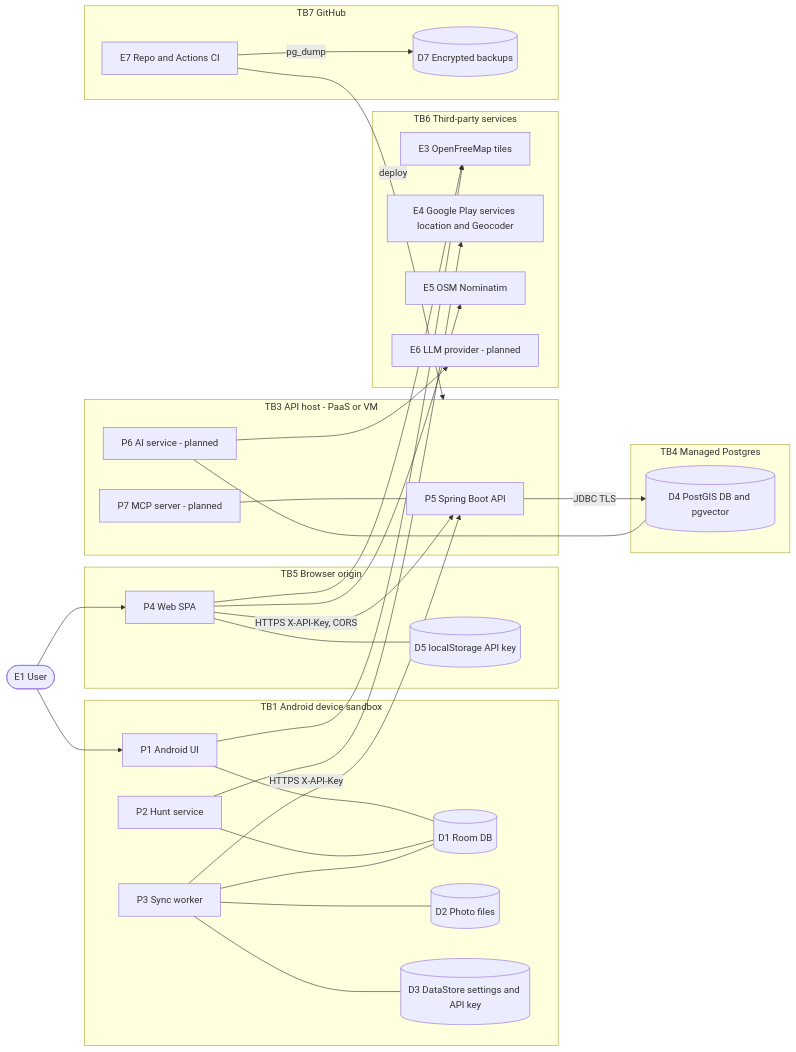
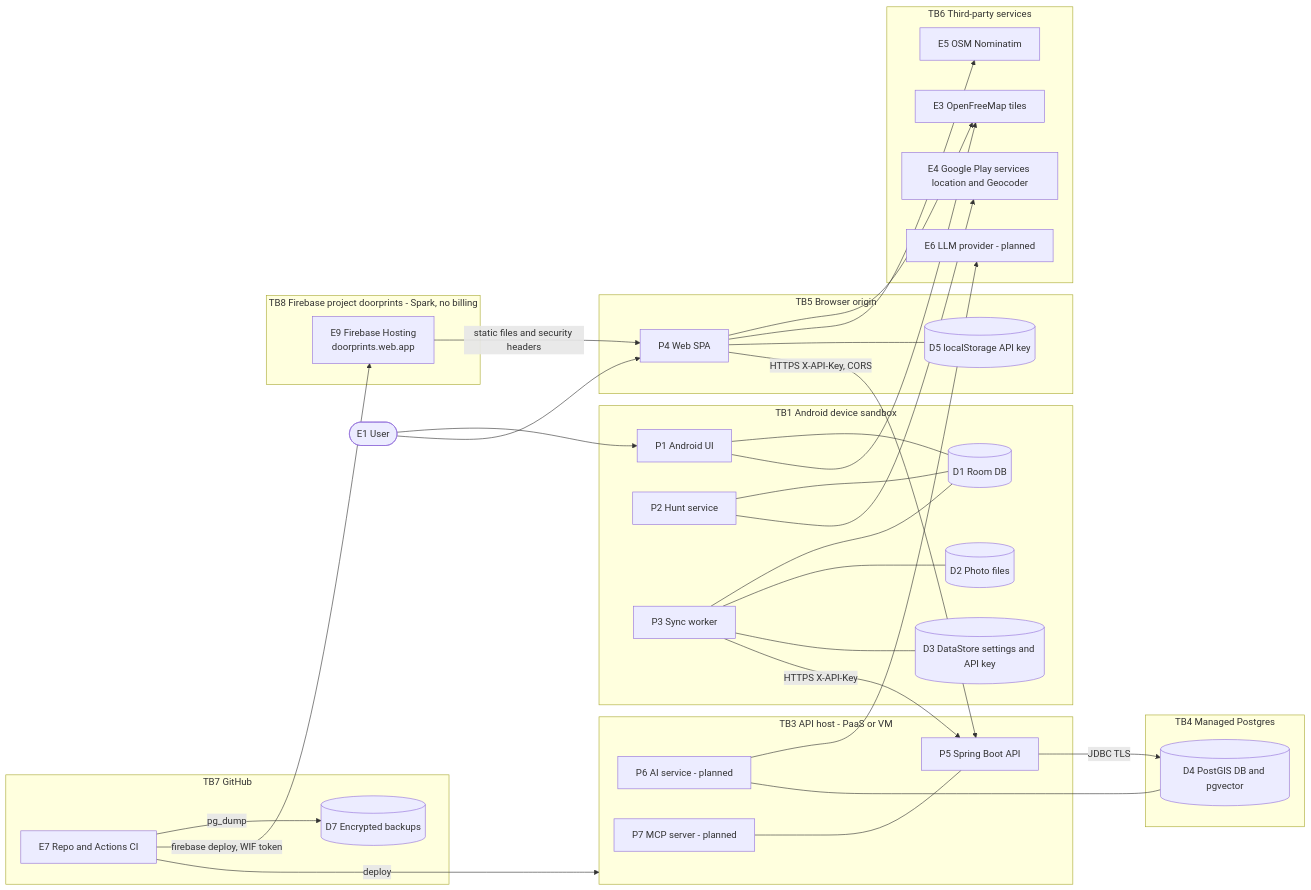
The diagram in docs/02-threat-model.md (Sriram-Codes-SW/doorprints), drawn with Mermaid before and after one commit. The commit also changed other lines of this file and 17 other files, not shown here.

First line of the commit message:
docs: Sprint 4a SSDLC updates, hosting ADR (Firebase), brand/naming, import definition, design+security self-check playbooks

````diff
--- a/docs/02-threat-model.md
+++ b/docs/02-threat-model.md
@@ -56,54 +66,59 @@
 ```mermaid
 flowchart LR
     U(["E1 User"])
     subgraph TB1["TB1 Android device sandbox"]
         P1["P1 Android UI"]
         P2["P2 Hunt service"]
         P3["P3 Sync worker"]
         D1[("D1 Room DB")]
         D2[("D2 Photo files")]
         D3[("D3 DataStore settings and API key")]
     end
     subgraph TB5["TB5 Browser origin"]
         P4["P4 Web SPA"]
         D5[("D5 localStorage API key")]
     end
     subgraph TB3["TB3 API host - PaaS or VM"]
         P5["P5 Spring Boot API"]
         P6["P6 AI service - planned"]
         P7["P7 MCP server - planned"]
     end
     subgraph TB4["TB4 Managed Postgres"]
         D4[("D4 PostGIS DB and pgvector")]
     end
     subgraph TB6["TB6 Third-party services"]
         E3["E3 OpenFreeMap tiles"]
         E4["E4 Google Play services location and Geocoder"]
         E5["E5 OSM Nominatim"]
         E6["E6 LLM provider - planned"]
     end
     subgraph TB7["TB7 GitHub"]
         E7["E7 Repo and Actions CI"]
         D7[("D7 Encrypted backups")]
     end
+    subgraph TB8["TB8 Firebase project doorprints - Spark, no billing"]
+        E9["E9 Firebase Hosting<br/>doorprints.web.app"]
+    end
     U --> P1
     U --> P4
     P1 --- D1
     P2 --- D1
     P3 --- D1
     P3 --- D2
     P3 --- D3
     P2 --> E4
     P1 --> E3
     P4 --> E3
     P4 --> E5
     P4 --- D5
     P3 -->|"HTTPS X-API-Key"| P5
     P4 -->|"HTTPS X-API-Key, CORS"| P5
     P5 -->|"JDBC TLS"| D4
     P6 --> E6
     P6 --- D4
     P7 --- P5
     E7 -->|"deploy"| TB3
     E7 -->|"pg_dump"| D7
+    E7 -->|"firebase deploy, WIF token"| E9
+    E9 -->|"static files and security headers"| P4
 ```
````
